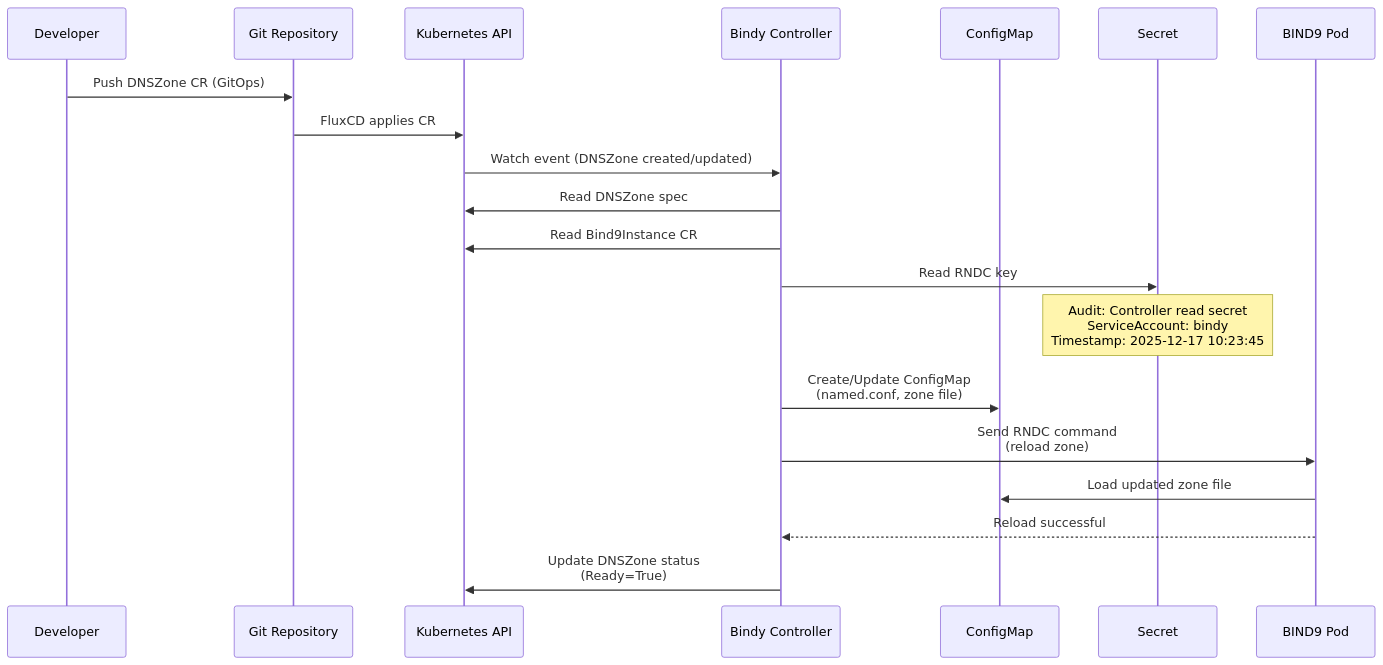
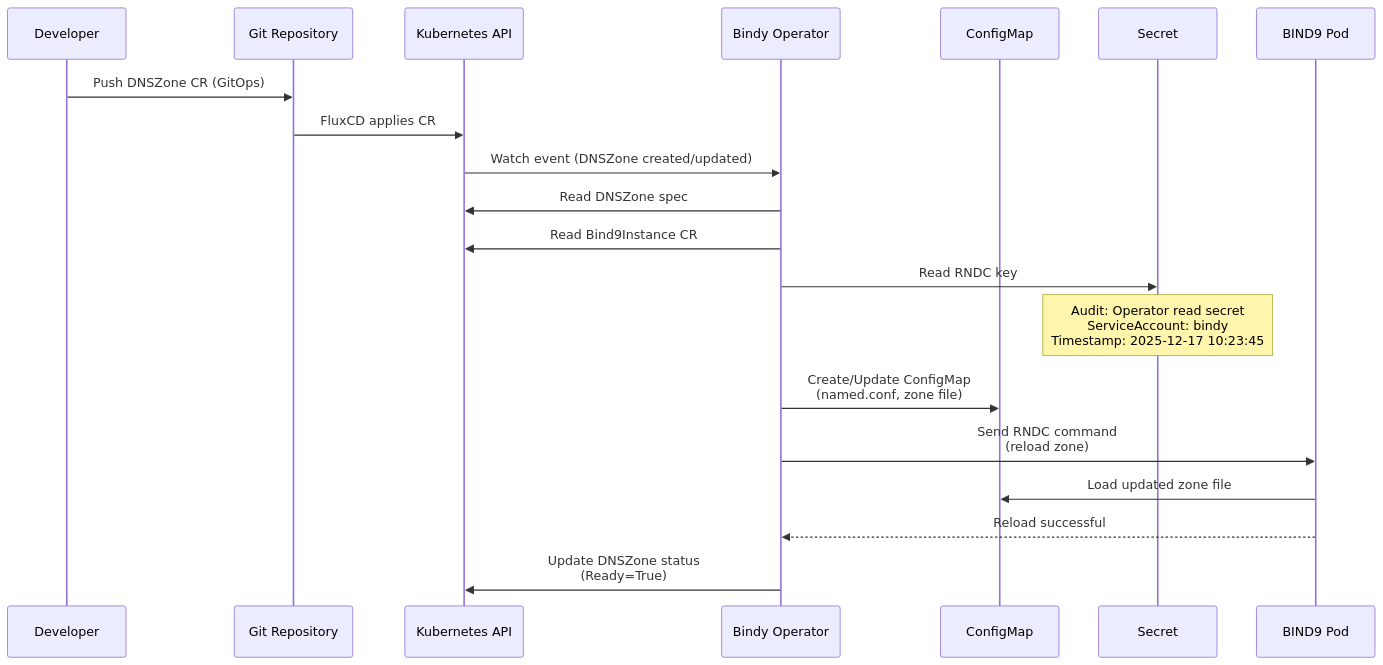
The first of 9 diagrams in docs/security/ARCHITECTURE.md (firestoned/bindy), drawn with Mermaid before and after one commit. The commit also changed other lines of this file and 150 other files, not shown here.

Commit message:
Change the occurences from controller to operator (#83)

````diff
--- a/docs/security/ARCHITECTURE.md
+++ b/docs/security/ARCHITECTURE.md
@@ -148,23 +148,23 @@
 ```mermaid
 sequenceDiagram
     participant Dev as Developer
     participant Git as Git Repository
     participant K8s as Kubernetes API
-    participant Ctrl as Bindy Controller
+    participant Ctrl as Bindy Operator
     participant CM as ConfigMap
     participant Sec as Secret
     participant BIND as BIND9 Pod
 
     Dev->>Git: Push DNSZone CR (GitOps)
     Git->>K8s: FluxCD applies CR
     K8s->>Ctrl: Watch event (DNSZone created/updated)
     Ctrl->>K8s: Read DNSZone spec
     Ctrl->>K8s: Read Bind9Instance CR
     Ctrl->>Sec: Read RNDC key
-    Note over Sec: Audit: Controller read secret<br/>ServiceAccount: bindy<br/>Timestamp: 2025-12-17 10:23:45
+    Note over Sec: Audit: Operator read secret<br/>ServiceAccount: bindy<br/>Timestamp: 2025-12-17 10:23:45
     Ctrl->>CM: Create/Update ConfigMap<br/>(named.conf, zone file)
     Ctrl->>BIND: Send RNDC command<br/>(reload zone)
     BIND->>CM: Load updated zone file
     BIND-->>Ctrl: Reload successful
     Ctrl->>K8s: Update DNSZone status<br/>(Ready=True)
 ```
````
